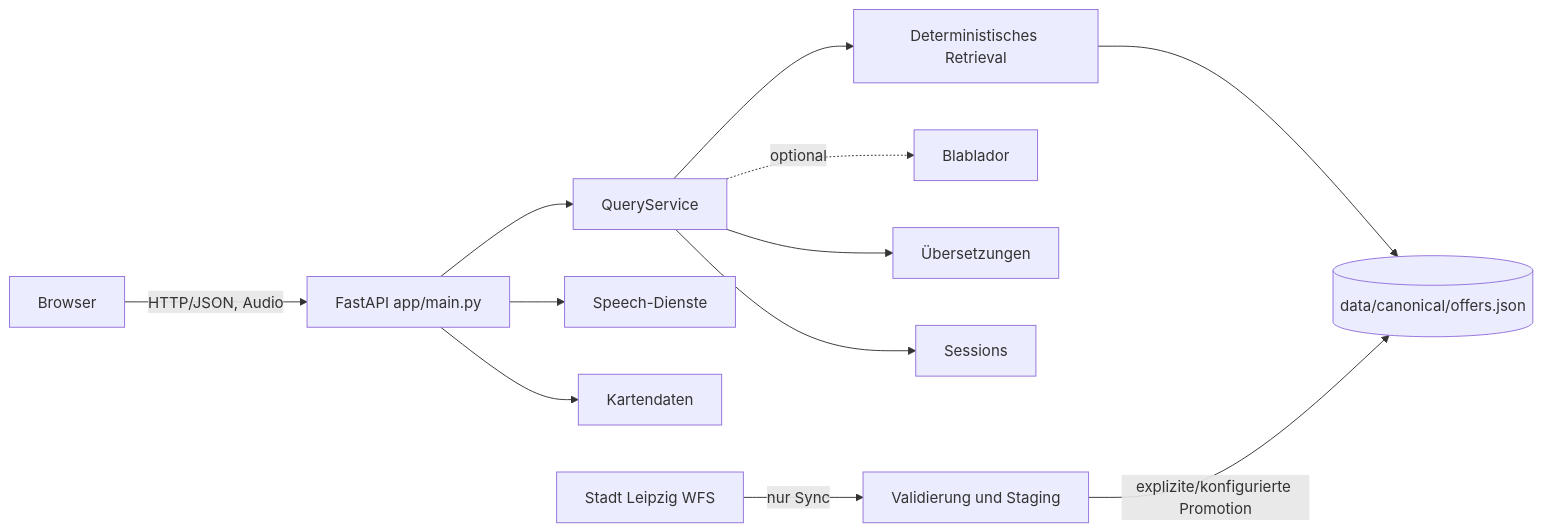
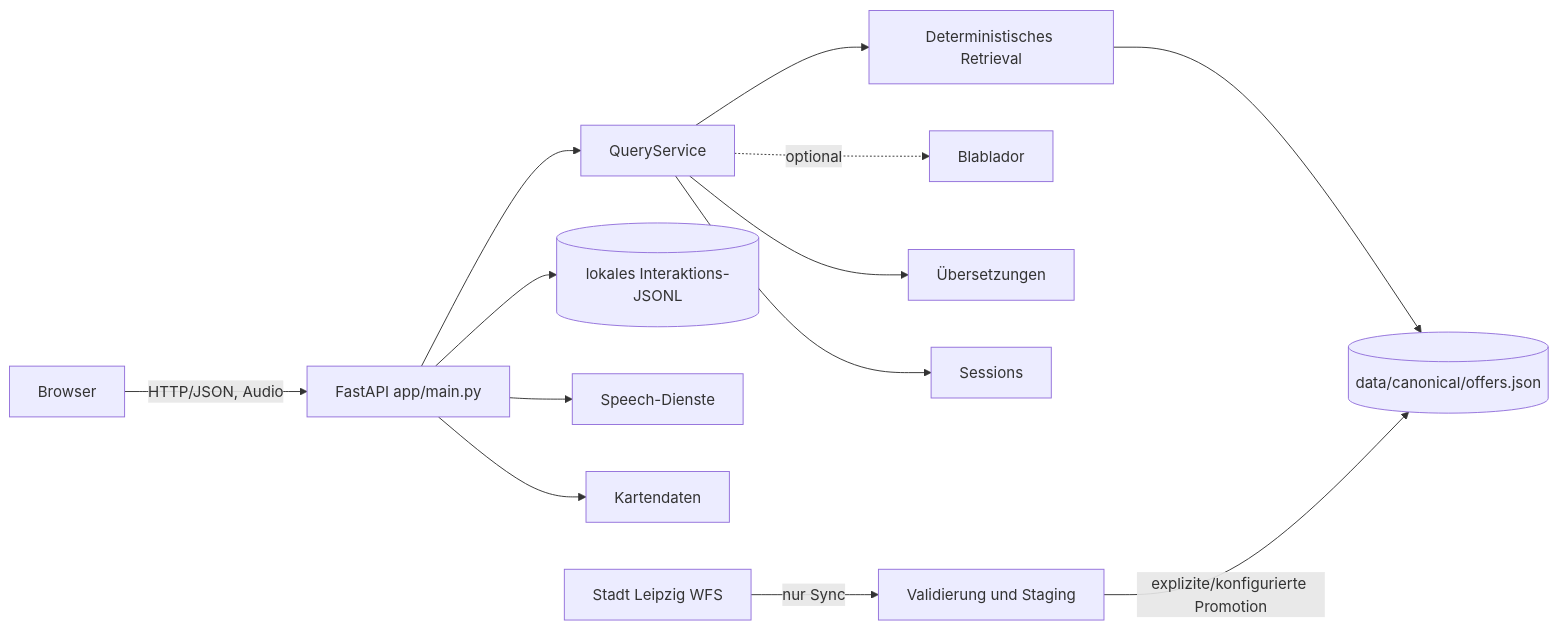
Before and after one commit to HannahHoffner/lena-grounded-voice-assistant: the diagram in docs/architecture.md, drawn with Mermaid. The commit also changed other lines of this file and 7 other files, not shown here.

````diff
--- a/docs/architecture.md
+++ b/docs/architecture.md
@@ -10,14 +10,15 @@
 ```mermaid
 flowchart LR
     U[Browser] -->|HTTP/JSON, Audio| A[FastAPI app/main.py]
     A --> S[QueryService]
     S --> R[Deterministisches Retrieval]
     S -. optional .-> L[Blablador]
     R --> K[(data/canonical/offers.json)]
     S --> I[Übersetzungen]
     S --> X[Sessions]
+    A --> O[(lokales Interaktions-JSONL)]
     A --> P[Speech-Dienste]
     A --> M[Kartendaten]
     W[Stadt Leipzig WFS] -->|nur Sync| Y[Validierung und Staging]
     Y -->|explizite/konfigurierte Promotion| K
 ```
````
